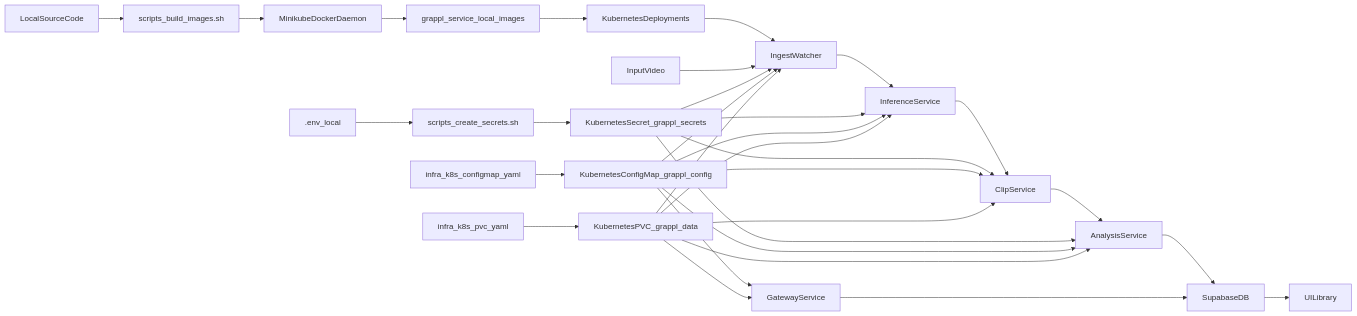
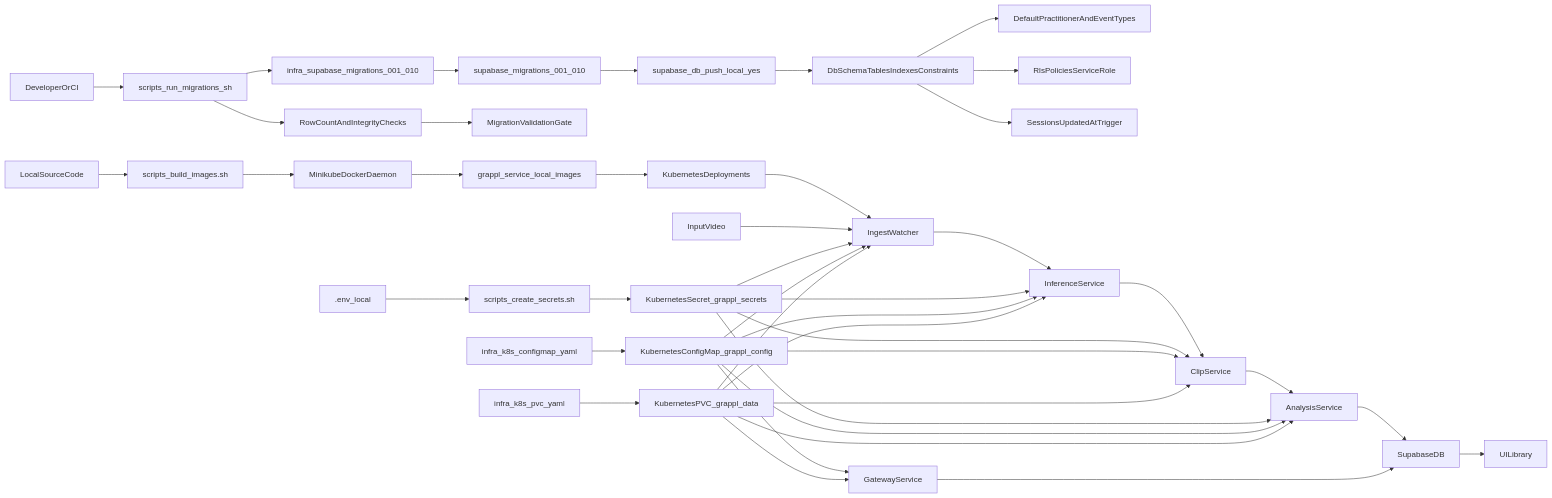
Before and after one commit to protektiq/grappl: the diagram in DATA_FLOW_DIAGRAM.md, drawn with Mermaid. The commit also changed 23 other files, not shown here.

Commit message:
completed Task 2.1 — Database Schema (Supabase Migrations)

````diff
--- a/DATA_FLOW_DIAGRAM.md
+++ b/DATA_FLOW_DIAGRAM.md
@@ -3,34 +3,45 @@
 ```mermaid
 flowchart LR
+  devOperator[DeveloperOrCI] --> runMigrationsScript[scripts_run_migrations_sh]
+  runMigrationsScript --> supabaseMigrationsInfra[infra_supabase_migrations_001_010]
+  supabaseMigrationsInfra --> supabaseMigrationsCliMirror[supabase_migrations_001_010]
+  supabaseMigrationsCliMirror --> supabaseCliPush[supabase_db_push_local_yes]
+  supabaseCliPush --> dbSchema[DbSchemaTablesIndexesConstraints]
+  dbSchema --> dbSeedData[DefaultPractitionerAndEventTypes]
+  dbSchema --> dbRlsPolicies[RlsPoliciesServiceRole]
+  dbSchema --> dbSessionsTrigger[SessionsUpdatedAtTrigger]
+  runMigrationsScript --> migrationChecks[RowCountAndIntegrityChecks]
+  migrationChecks --> buildValidationGate[MigrationValidationGate]
+
   localSource[LocalSourceCode] --> buildScript[scripts_build_images.sh]
   buildScript --> minikubeDocker[MinikubeDockerDaemon]
   minikubeDocker --> localImages[grappl_service_local_images]
   localImages --> k8sDeployments[KubernetesDeployments]
   k8sDeployments --> ingestWatcher[IngestWatcher]
   envLocal[.env_local] --> createSecretsScript[scripts_create_secrets.sh]
   createSecretsScript --> grapplSecrets[KubernetesSecret_grappl_secrets]
   configmapYaml[infra_k8s_configmap_yaml] --> grapplConfig[KubernetesConfigMap_grappl_config]
   pvcYaml[infra_k8s_pvc_yaml] --> grapplDataPvc[KubernetesPVC_grappl_data]
 
   inputVideo[InputVideo] --> ingestWatcher[IngestWatcher]
   ingestWatcher --> inferenceService[InferenceService]
   inferenceService --> clipService[ClipService]
   clipService --> analysisService[AnalysisService]
   grapplSecrets --> ingestWatcher
   grapplSecrets --> inferenceService
   grapplSecrets --> clipService
   grapplSecrets --> analysisService
   grapplConfig --> ingestWatcher
   grapplConfig --> inferenceService
   grapplConfig --> clipService
   grapplConfig --> analysisService
   grapplConfig --> gatewayService[GatewayService]
   grapplDataPvc --> ingestWatcher
   grapplDataPvc --> inferenceService
   grapplDataPvc --> clipService
   grapplDataPvc --> analysisService
   grapplDataPvc --> gatewayService
   analysisService --> supabaseDb[SupabaseDB]
   gatewayService --> supabaseDb
   supabaseDb --> uiLibrary[UILibrary]
 ```
````
